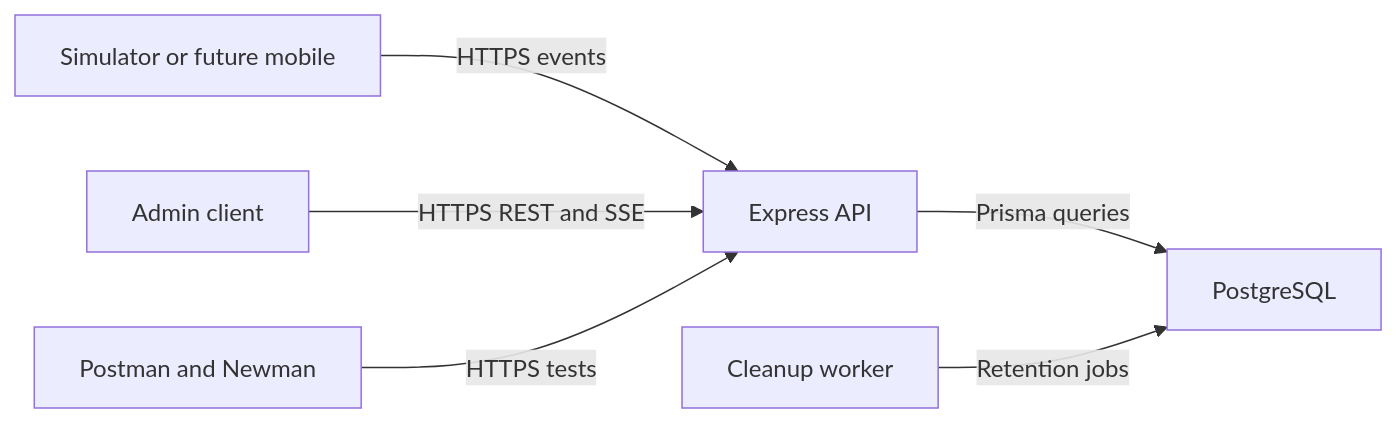
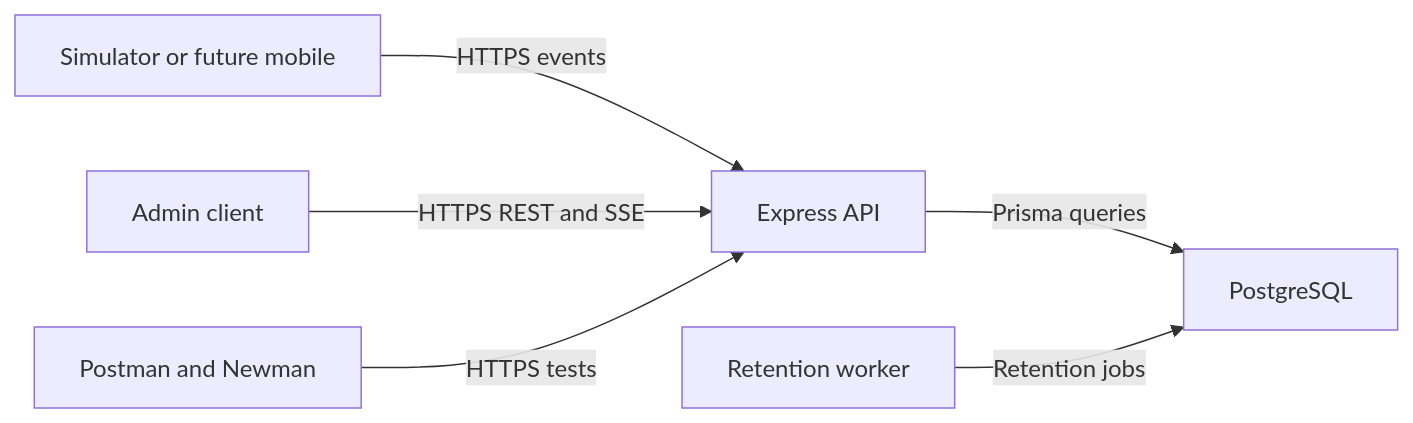
The third of 3 diagrams in docs/architecture.md (Riqqi15/Admin-Dashboard-Apps-Commuter-Line), drawn with Mermaid before and after one commit. The commit also changed other lines of this file and 6 other files, not shown here.

Commit message:
docs: rewrite architecture and sync docs with current backend

```diff
--- a/docs/architecture.md
+++ b/docs/architecture.md
@@ -34,8 +113,8 @@
 ~~~mermaid
 flowchart LR
     C["Simulator or future mobile"] -->|HTTPS events| A["Express API"]
     D["Admin client"] -->|HTTPS REST and SSE| A
     A -->|Prisma queries| P["PostgreSQL"]
-    W["Cleanup worker"] -->|Retention jobs| P
+    W["Retention worker"] -->|Retention jobs| P
     T["Postman and Newman"] -->|HTTPS tests| A
 ~~~
```
